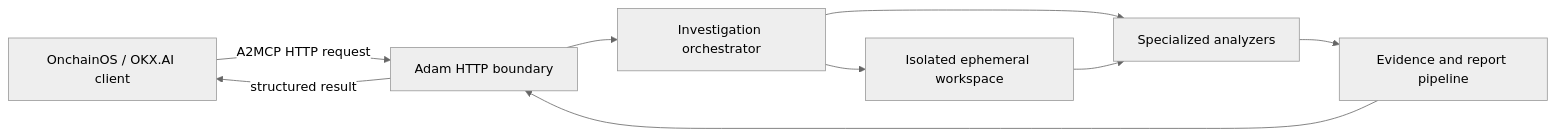
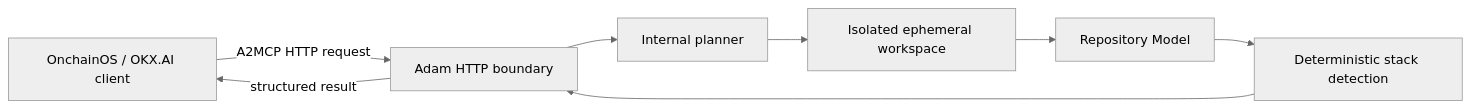
The diagram in README.md (onchaindc/Adam), drawn with Mermaid (neutral theme) before and after one commit. The commit also changed other lines of this file and 23 other files, not shown here.

````diff
--- a/README.md
+++ b/README.md
@@ -73,18 +77,17 @@
 ```mermaid
 flowchart LR
     Client["OnchainOS / OKX.AI client"]
     API["Adam HTTP boundary"]
-    Orchestrator["Investigation orchestrator"]
+    Planner["Internal planner"]
     Workspace["Isolated ephemeral workspace"]
-    Analyzers["Specialized analyzers"]
-    Evidence["Evidence and report pipeline"]
+    RepositoryModel["Repository Model"]
+    Stack["Deterministic stack detection"]
 
     Client -->|"A2MCP HTTP request"| API
-    API --> Orchestrator
-    Orchestrator --> Workspace
-    Orchestrator --> Analyzers
-    Workspace --> Analyzers
-    Analyzers --> Evidence
-    Evidence --> API
+    API --> Planner
+    Planner --> Workspace
+    Workspace --> RepositoryModel
+    RepositoryModel --> Stack
+    Stack --> API
     API -->|"structured result"| Client
 ```
````
